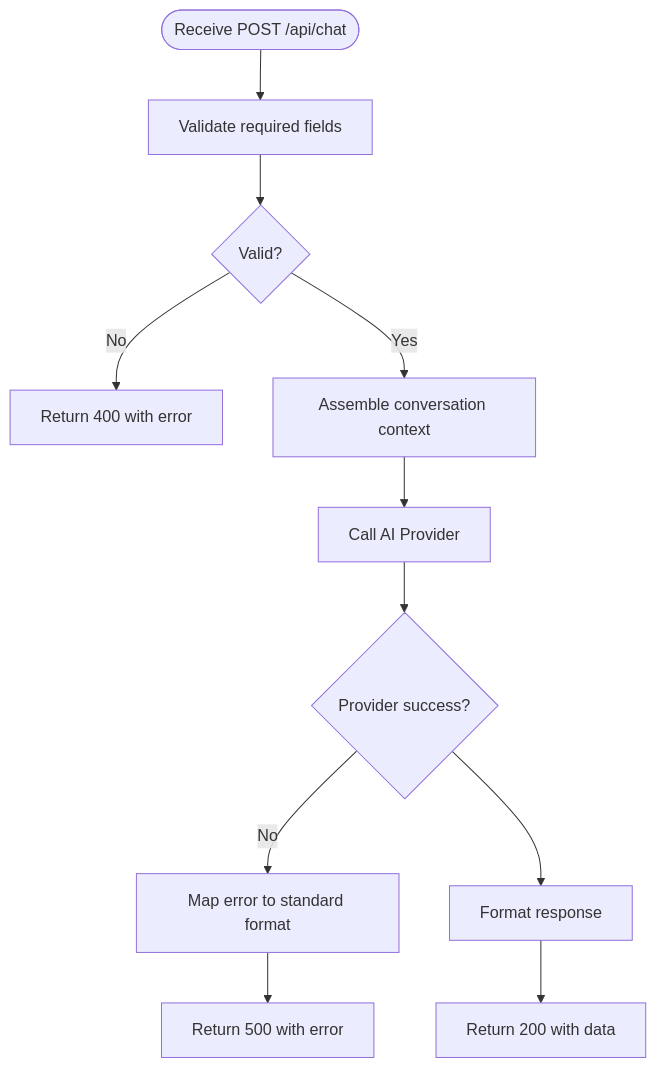
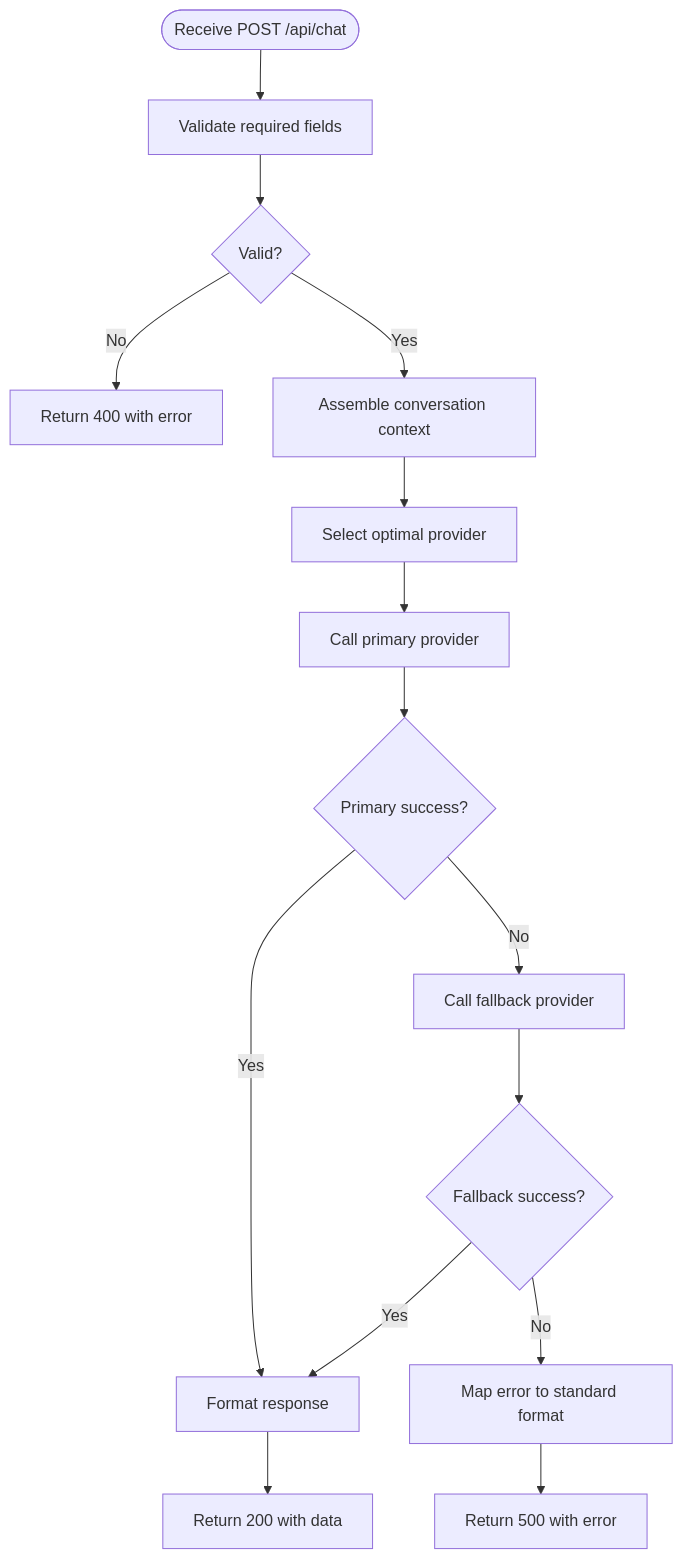
One commit to zmyeo54/briefroom changed the fifth of 7 diagrams in .qoder/repowiki/en/content/API Reference/Chat API.md. Above: the diagram before and after it, drawn with Mermaid. The commit also changed other lines of this file and 42 other files, not shown here.

````diff
--- a/.qoder/repowiki/en/content/API Reference/Chat API.md
+++ b/.qoder/repowiki/en/content/API Reference/Chat API.md
@@ -192,13 +235,17 @@
 ```mermaid
 flowchart TD
 Start(["Receive POST /api/chat"]) --> Validate["Validate required fields"]
 Validate --> Valid{"Valid?"}
 Valid --> |No| Return400["Return 400 with error"]
 Valid --> |Yes| Assemble["Assemble conversation context"]
-Assemble --> CallProvider["Call AI Provider"]
-CallProvider --> Success{"Provider success?"}
-Success --> |No| MapError["Map error to standard format"]
+Assemble --> SelectProvider["Select optimal provider"]
+SelectProvider --> CallPrimary["Call primary provider"]
+CallPrimary --> PrimarySuccess{"Primary success?"}
+PrimarySuccess --> |Yes| Format["Format response"]
+PrimarySuccess --> |No| CallFallback["Call fallback provider"]
+CallFallback --> FallbackSuccess{"Fallback success?"}
+FallbackSuccess --> |Yes| Format
+FallbackSuccess --> |No| MapError["Map error to standard format"]
 MapError --> Return500["Return 500 with error"]
-Success --> Format["Format response"]
 Format --> Return200["Return 200 with data"]
 ```
````
